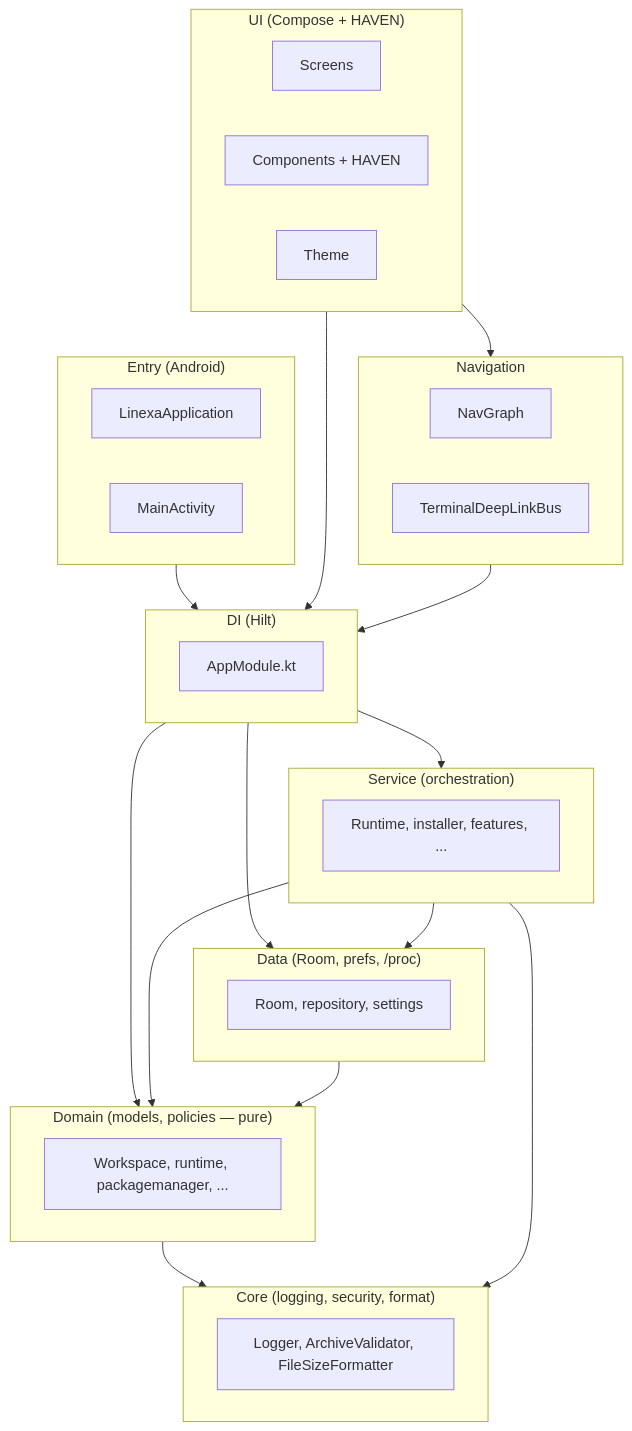
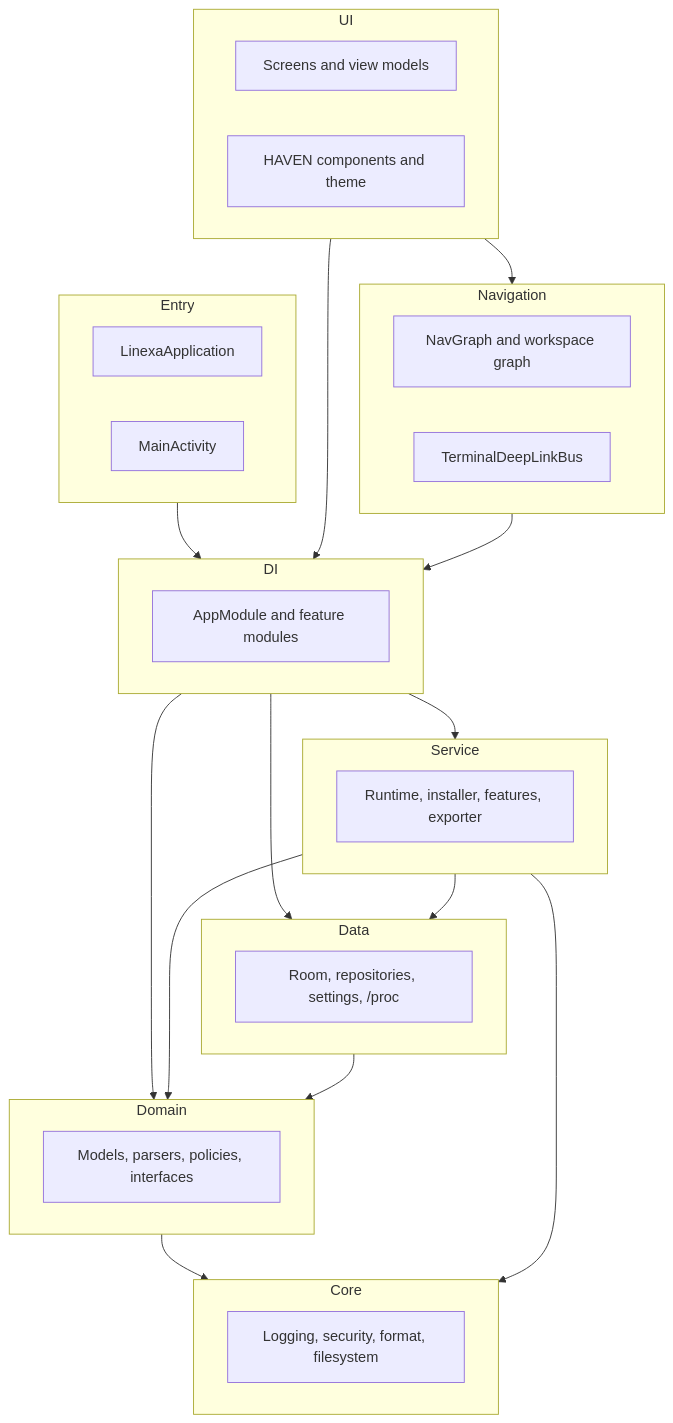
One commit to ForExample25/Linexa changed the diagram in docs/architecture/APPLICATION_ARCHITECTURE.md. Above: the diagram before and after it, drawn with Mermaid. The commit also changed other lines of this file and 433 other files, not shown here.

````diff
--- a/docs/architecture/APPLICATION_ARCHITECTURE.md
+++ b/docs/architecture/APPLICATION_ARCHITECTURE.md
@@ -102,51 +108,50 @@
 ```mermaid
 graph TD
-    subgraph Entry ["Entry (Android)"]
+    subgraph Entry["Entry"]
         LA[LinexaApplication]
         MA[MainActivity]
     end
 
-    subgraph UI ["UI (Compose + HAVEN)"]
-        US[Screens]
-        UC[Components + HAVEN]
-        UT[Theme]
+    subgraph UI["UI"]
+        US[Screens and view models]
+        UC[HAVEN components and theme]
     end
 
-    subgraph Nav ["Navigation"]
-        NG[NavGraph]
+    subgraph Nav["Navigation"]
+        NG[NavGraph and workspace graph]
         TDB[TerminalDeepLinkBus]
     end
 
-    subgraph DI ["DI (Hilt)"]
-        AM[AppModule.kt]
+    subgraph DI["DI"]
+        AM[AppModule and feature modules]
     end
 
-    subgraph Service ["Service (orchestration)"]
-        SR[Runtime, installer, features, ...]
+    subgraph Service["Service"]
+        SR[Runtime, installer, features, exporter]
     end
 
-    subgraph Data ["Data (Room, prefs, /proc)"]
-        DR[Room, repository, settings]
+    subgraph Data["Data"]
+        DR[Room, repositories, settings, /proc]
     end
 
-    subgraph Domain ["Domain (models, policies — pure)"]
-        DW[Workspace, runtime, packagemanager, ...]
+    subgraph Domain["Domain"]
+        DM[Models, parsers, policies, interfaces]
     end
 
-    subgraph Core ["Core (logging, security, format)"]
-        CL[Logger, ArchiveValidator, FileSizeFormatter]
+    subgraph Core["Core"]
+        CL[Logging, security, format, filesystem]
     end
 
     Entry --> DI
     UI --> Nav
     UI --> DI
     Nav --> DI
     DI --> Service
     DI --> Data
     DI --> Domain
     Service --> Domain
     Service --> Data
     Data --> Domain
     Domain --> Core
     Service --> Core
 ```
````
